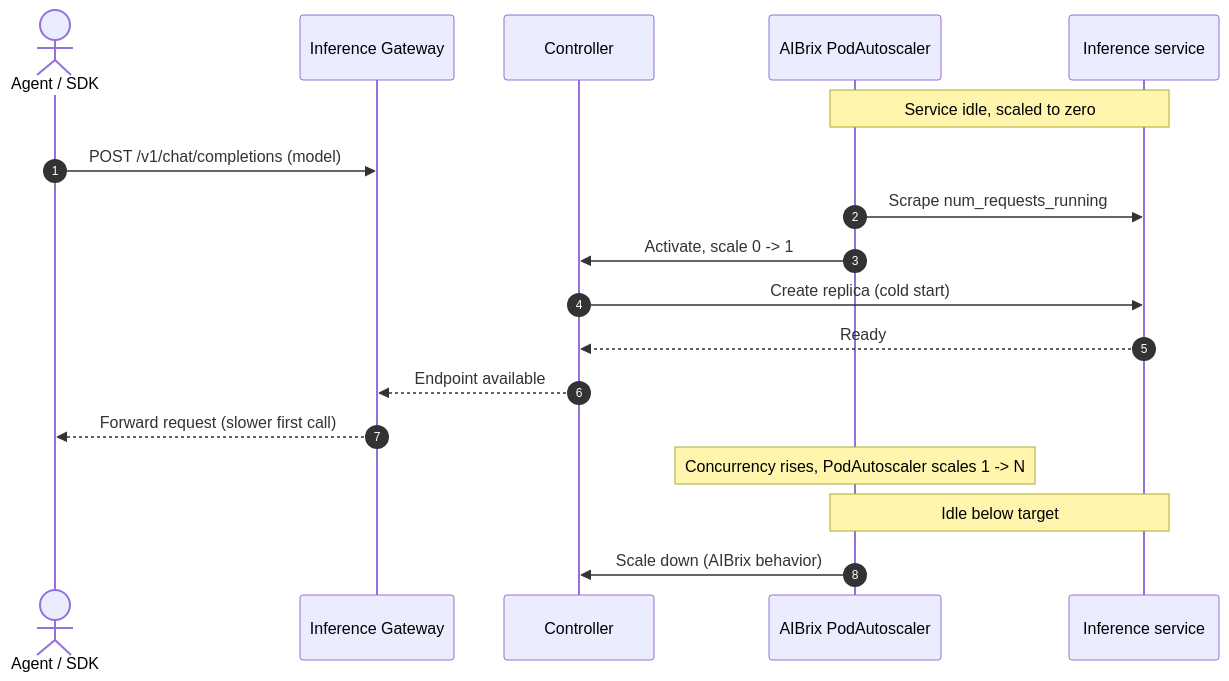
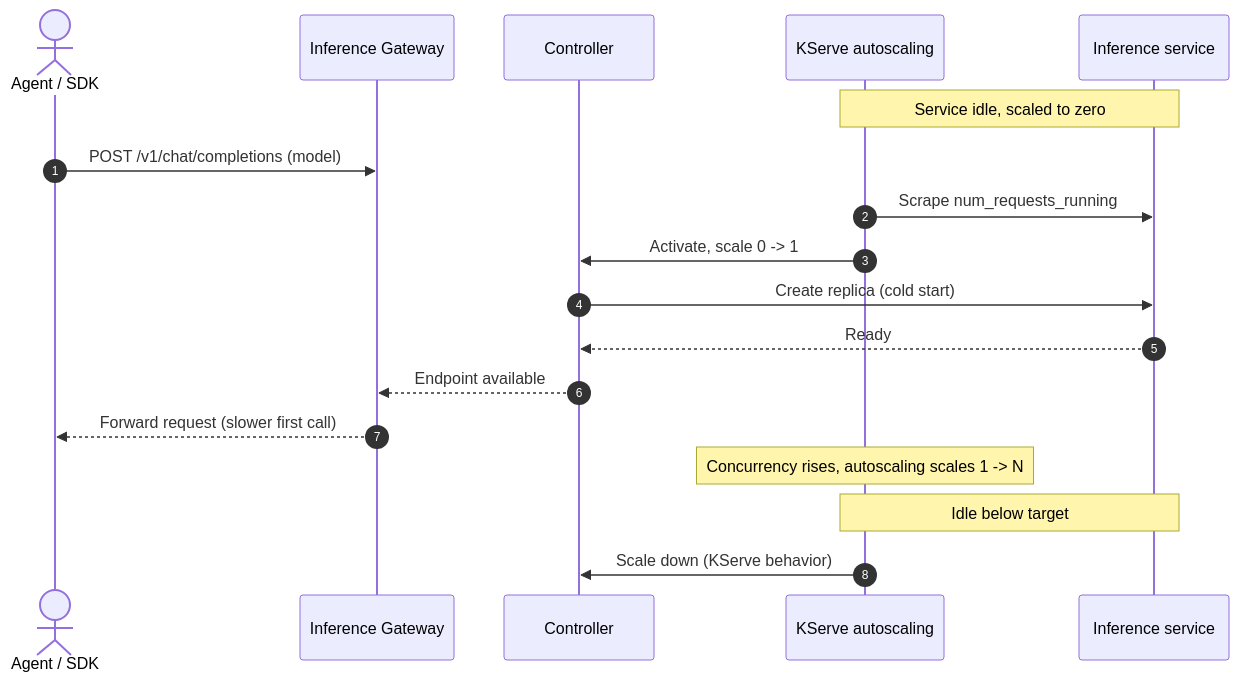
The third of 4 diagrams in site/docs/design/inference-autoscaling.md (go-taas/go-taas), drawn with Mermaid before and after one commit. The commit also changed other lines of this file and 151 other files, not shown here.

````diff
--- a/site/docs/design/inference-autoscaling.md
+++ b/site/docs/design/inference-autoscaling.md
@@ -290,21 +290,21 @@
 ```mermaid
 sequenceDiagram
     autonumber
     actor Agent as Agent / SDK
     participant DGW as Inference Gateway
     participant CTRL as Controller
-    participant PA as AIBrix PodAutoscaler
+    participant PA as KServe autoscaling
     participant SVC as Inference service
 
     Note over PA,SVC: Service idle, scaled to zero
     Agent->>DGW: POST /v1/chat/completions (model)
     PA->>SVC: Scrape num_requests_running
     PA->>CTRL: Activate, scale 0 -> 1
     CTRL->>SVC: Create replica (cold start)
     SVC-->>CTRL: Ready
     CTRL-->>DGW: Endpoint available
     DGW-->>Agent: Forward request (slower first call)
-    Note over PA: Concurrency rises, PodAutoscaler scales 1 -> N
+    Note over PA: Concurrency rises, autoscaling scales 1 -> N
     Note over PA,SVC: Idle below target
-    PA->>CTRL: Scale down (AIBrix behavior)
+    PA->>CTRL: Scale down (KServe behavior)
 ```
````
